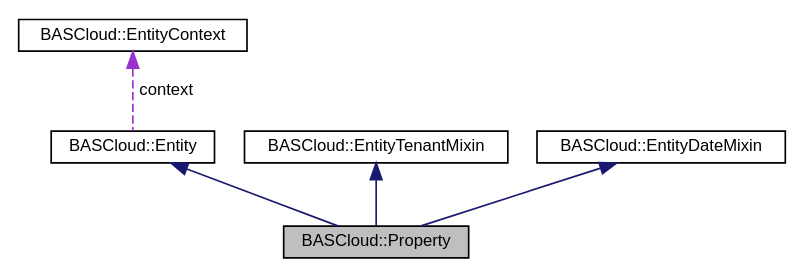
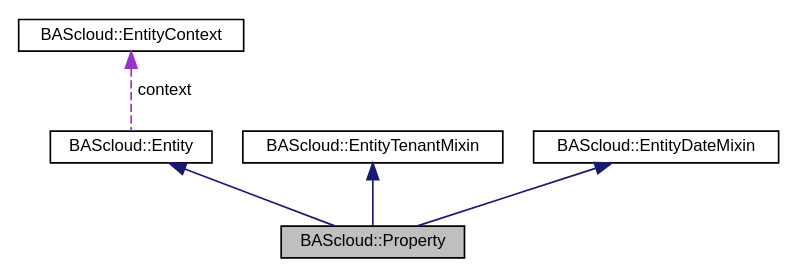
One commit to bascloud/BAScloudAPI changed the diagram in classBASCloud_1_1Property__coll__graph.dot. Above: the diagram before and after it, drawn with Graphviz. The commit also changed 193 other files, not shown here.

```diff
--- a/classBASCloud_1_1Property__coll__graph.dot
+++ b/classBASCloud_1_1Property__coll__graph.dot
@@ -1,15 +1,15 @@
-digraph "BASCloud::Property"
+digraph "BAScloud::Property"
 {
  // LATEX_PDF_SIZE
   edge [fontname="Helvetica",fontsize="10",labelfontname="Helvetica",labelfontsize="10"];
   node [fontname="Helvetica",fontsize="10",shape=record];
-  Node1 [label="BASCloud::Property",height=0.2,width=0.4,color="black", fillcolor="grey75", style="filled", fontcolor="black",tooltip="A Property entity represents a building or location in the BASCloud."];
+  Node1 [label="BAScloud::Property",height=0.2,width=0.4,color="black", fillcolor="grey75", style="filled", fontcolor="black",tooltip="A Property entity represents a building or location in the BAScloud."];
   Node2 -> Node1 [dir="back",color="midnightblue",fontsize="10",style="solid",fontname="Helvetica"];
-  Node2 [label="BASCloud::Entity",height=0.2,width=0.4,color="black", fillcolor="white", style="filled",URL="$classBASCloud_1_1Entity.html",tooltip="Base class modeling a BASCloud entity."];
+  Node2 [label="BAScloud::Entity",height=0.2,width=0.4,color="black", fillcolor="white", style="filled",URL="$classBAScloud_1_1Entity.html",tooltip="Base class modeling a BAScloud entity."];
   Node3 -> Node2 [dir="back",color="darkorchid3",fontsize="10",style="dashed",label=" context" ,fontname="Helvetica"];
-  Node3 [label="BASCloud::EntityContext",height=0.2,width=0.4,color="black", fillcolor="white", style="filled",URL="$classBASCloud_1_1EntityContext.html",tooltip="The EntityContext class provides a high-level abstraction to access the BASCloud API endpoint functio..."];
+  Node3 [label="BAScloud::EntityContext",height=0.2,width=0.4,color="black", fillcolor="white", style="filled",URL="$classBAScloud_1_1EntityContext.html",tooltip="The EntityContext class provides a high-level abstraction to access the BAScloud API endpoint functio..."];
   Node4 -> Node1 [dir="back",color="midnightblue",fontsize="10",style="solid",fontname="Helvetica"];
-  Node4 [label="BASCloud::EntityTenantMixin",height=0.2,width=0.4,color="black", fillcolor="white", style="filled",URL="$classBASCloud_1_1EntityTenantMixin.html",tooltip="Mixin class that adds functionality and attributes to associate a Tenant to a Entity object."];
+  Node4 [label="BAScloud::EntityTenantMixin",height=0.2,width=0.4,color="black", fillcolor="white", style="filled",URL="$classBAScloud_1_1EntityTenantMixin.html",tooltip="Mixin class that adds functionality and attributes to associate a Tenant to a Entity object."];
   Node5 -> Node1 [dir="back",color="midnightblue",fontsize="10",style="solid",fontname="Helvetica"];
-  Node5 [label="BASCloud::EntityDateMixin",height=0.2,width=0.4,color="black", fillcolor="white", style="filled",URL="$classBASCloud_1_1EntityDateMixin.html",tooltip="Mixin class that adds datetime functionality and attributes."];
+  Node5 [label="BAScloud::EntityDateMixin",height=0.2,width=0.4,color="black", fillcolor="white", style="filled",URL="$classBAScloud_1_1EntityDateMixin.html",tooltip="Mixin class that adds datetime functionality and attributes."];
 }
```
